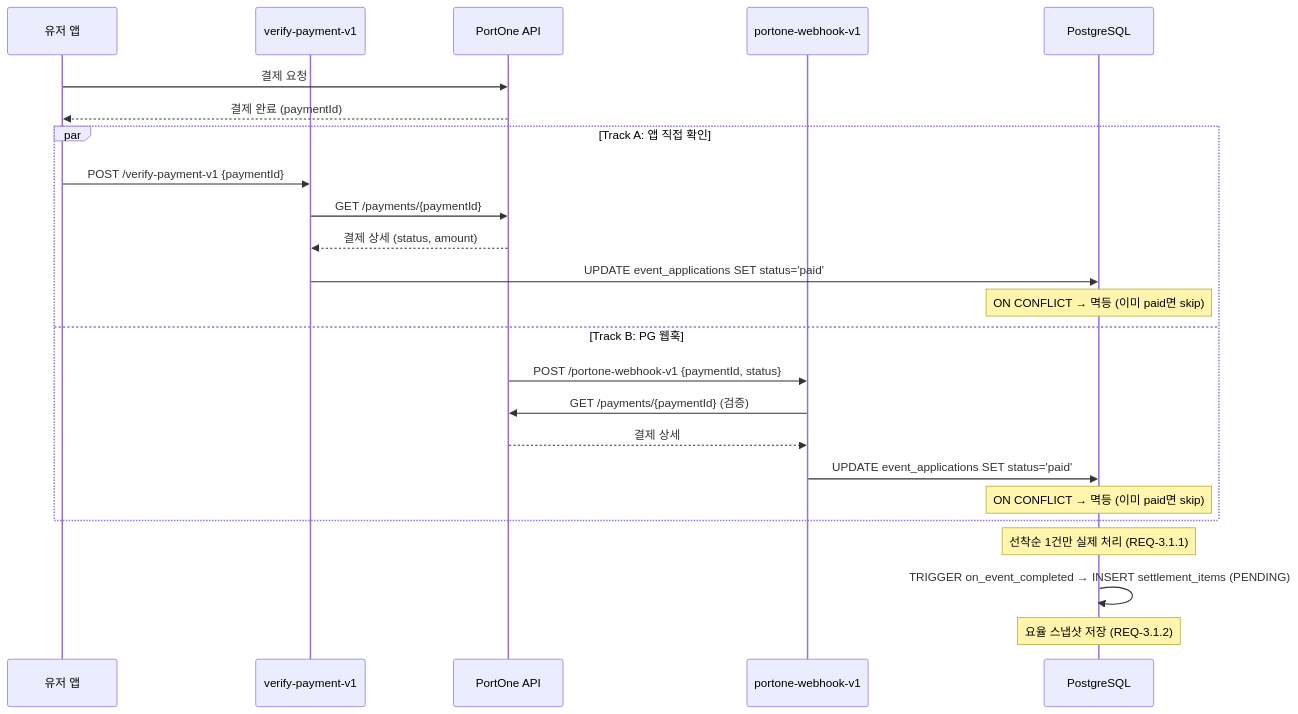
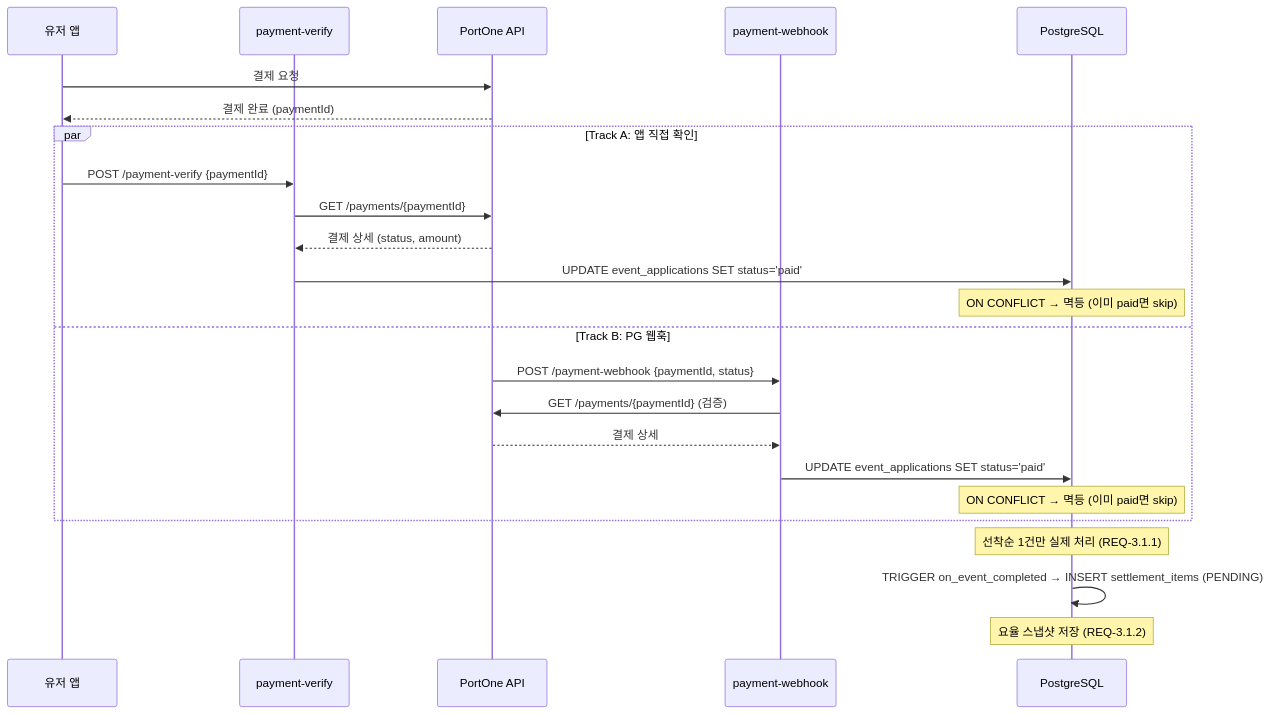
One commit to Mark-Yun/minglit changed the second of 12 diagrams in docs/features/partner-settlement/architecture.md. Above: the diagram before and after it, drawn with Mermaid. The commit also changed other lines of this file and 1 other file, not shown here.

First line of the commit message:
docs(edge-functions): update function names in README and architecture docs

````diff
--- a/docs/features/partner-settlement/architecture.md
+++ b/docs/features/partner-settlement/architecture.md
@@ -101,29 +101,29 @@
 ```mermaid
 sequenceDiagram
     participant U as 유저 앱
-    participant EF as verify-payment-v1
+    participant EF as payment-verify
     participant PG as PortOne API
-    participant WH as portone-webhook-v1
+    participant WH as payment-webhook
     participant DB as PostgreSQL
 
     U->>PG: 결제 요청
     PG-->>U: 결제 완료 (paymentId)
 
     par Track A: 앱 직접 확인
-        U->>EF: POST /verify-payment-v1 {paymentId}
+        U->>EF: POST /payment-verify {paymentId}
         EF->>PG: GET /payments/{paymentId}
         PG-->>EF: 결제 상세 (status, amount)
         EF->>DB: UPDATE event_applications SET status='paid'
         Note over DB: ON CONFLICT → 멱등 (이미 paid면 skip)
     and Track B: PG 웹훅
-        PG->>WH: POST /portone-webhook-v1 {paymentId, status}
+        PG->>WH: POST /payment-webhook {paymentId, status}
         WH->>PG: GET /payments/{paymentId} (검증)
         PG-->>WH: 결제 상세
         WH->>DB: UPDATE event_applications SET status='paid'
         Note over DB: ON CONFLICT → 멱등 (이미 paid면 skip)
     end
 
     Note over DB: 선착순 1건만 실제 처리 (REQ-3.1.1)
     DB->>DB: TRIGGER on_event_completed → INSERT settlement_items (PENDING)
     Note over DB: 요율 스냅샷 저장 (REQ-3.1.2)
 ```
````
